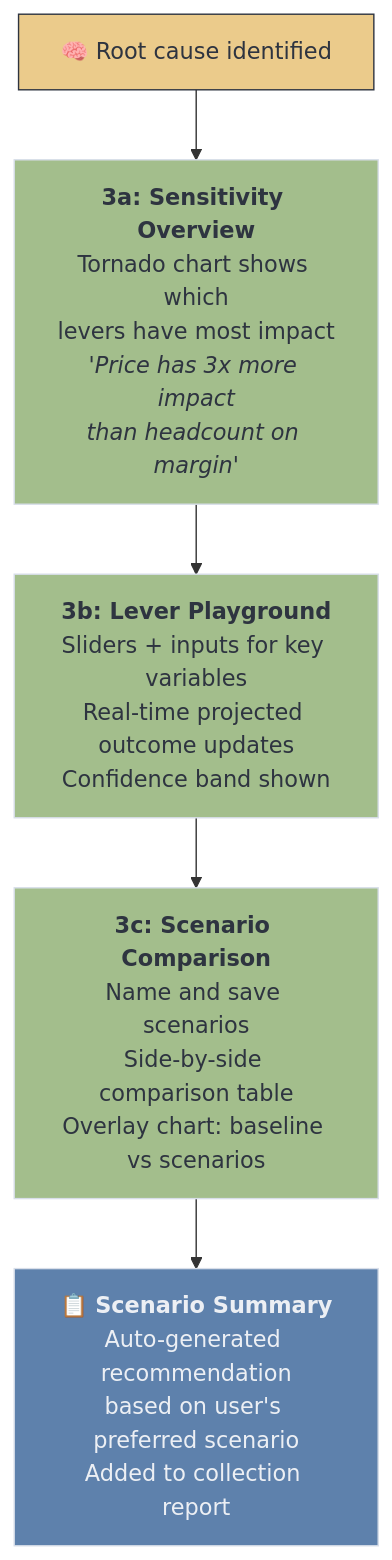
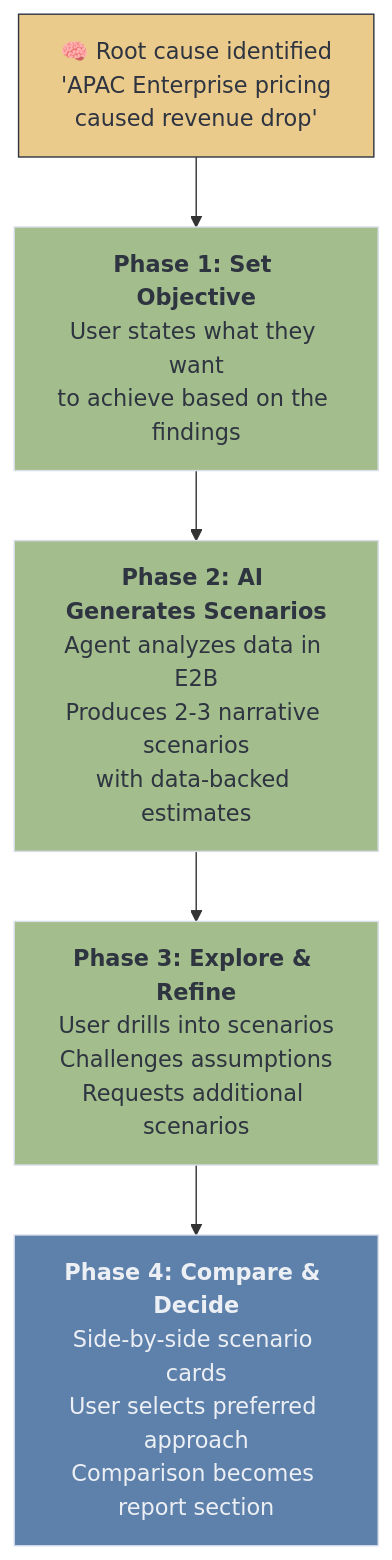
The sixth of 12 diagrams in requirements/brainstorm-idea-1.md (nuelo-ai/nuelo-spectra), drawn with Mermaid before and after one commit. The commit also changed other lines of this file and 22 other files, not shown here.

````diff
--- a/requirements/brainstorm-idea-1.md
+++ b/requirements/brainstorm-idea-1.md
@@ -372,16 +378,16 @@
 ```mermaid
 graph TD
-    RC["🧠 Root cause identified"] --> Sensitivity["<b>3a: Sensitivity Overview</b><br/>Tornado chart shows which<br/>levers have most impact<br/><i>'Price has 3x more impact<br/>than headcount on margin'</i>"]
+    RC["🧠 Root cause identified<br/>'APAC Enterprise pricing<br/>caused revenue drop'"] --> Objective["<b>Phase 1: Set Objective</b><br/>User states what they want<br/>to achieve based on the findings"]
 
-    Sensitivity --> Levers["<b>3b: Lever Playground</b><br/>Sliders + inputs for key variables<br/>Real-time projected outcome updates<br/>Confidence band shown"]
+    Objective --> Generate["<b>Phase 2: AI Generates Scenarios</b><br/>Agent analyzes data in E2B<br/>Produces 2-3 narrative scenarios<br/>with data-backed estimates"]
 
-    Levers --> Compare["<b>3c: Scenario Comparison</b><br/>Name and save scenarios<br/>Side-by-side comparison table<br/>Overlay chart: baseline vs scenarios"]
+    Generate --> Refine["<b>Phase 3: Explore & Refine</b><br/>User drills into scenarios<br/>Challenges assumptions<br/>Requests additional scenarios"]
 
-    Compare --> Recommend["📋 <b>Scenario Summary</b><br/>Auto-generated recommendation<br/>based on user's preferred scenario<br/>Added to collection report"]
+    Refine --> Compare["<b>Phase 4: Compare & Decide</b><br/>Side-by-side scenario cards<br/>User selects preferred approach<br/>Comparison becomes report section"]
 
     style RC fill:#EBCB8B,stroke:#2E3440,color:#2E3440
-    style Sensitivity fill:#A3BE8C,stroke:#D8DEE9,color:#2E3440
-    style Levers fill:#A3BE8C,stroke:#D8DEE9,color:#2E3440
-    style Compare fill:#A3BE8C,stroke:#D8DEE9,color:#2E3440
-    style Recommend fill:#5E81AC,stroke:#D8DEE9,color:#ECEFF4
+    style Objective fill:#A3BE8C,stroke:#D8DEE9,color:#2E3440
+    style Generate fill:#A3BE8C,stroke:#D8DEE9,color:#2E3440
+    style Refine fill:#A3BE8C,stroke:#D8DEE9,color:#2E3440
+    style Compare fill:#5E81AC,stroke:#D8DEE9,color:#ECEFF4
 ```
````
